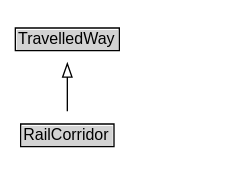
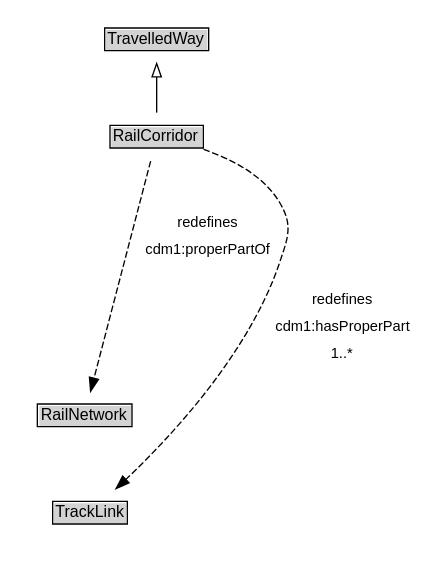
The diagram in docs/diagrams/RailCorridor.dot (ISO-TC204/ontology-cdm-p3-v1), drawn with Graphviz before and after one commit. The commit also changed 348 other files, not shown here.

```diff
--- a/docs/diagrams/RailCorridor.dot
+++ b/docs/diagrams/RailCorridor.dot
@@ -1,16 +1,28 @@
 // Diagram for RailCorridor
 digraph {
 	graph [overlap=false rankdir=TB splines=true]
 	node [fontname=Arial fontsize=12 margin=0 shape=none]
 	edge [fontname=Arial fontsize=11]
 	{
+		rank=source
+		TravelledWay [label=<<TABLE BORDER="1" CELLBORDER="0" CELLSPACING="0" CELLPADDING="1"><TR><TD BGCOLOR="lightgray" ALIGN="CENTER">TravelledWay</TD></TR></TABLE>> URL="../TravelledWay" margin=0]
+	}
+	RailCorridor [label=<<TABLE BORDER="1" CELLBORDER="0" CELLSPACING="0" CELLPADDING="1"><TR><TD BGCOLOR="lightgray" ALIGN="CENTER">RailCorridor</TD></TR></TABLE>> URL="../RailCorridor" margin=0]
+	{
 		rank=max
-		RailCorridor [label=<<TABLE BORDER="1" CELLBORDER="0" CELLSPACING="0" CELLPADDING="1"><TR><TD BGCOLOR="lightgray" ALIGN="CENTER" PORT="e">RailCorridor</TD></TR></TABLE>> URL="../RailCorridor.md" margin=0]
 	}
 	subgraph cluster_associated {
 		label="" style=invis
 		Invis [label=<<TABLE BORDER="0" CELLBORDER="0" CELLSPACING="0" CELLPADDING="1"><TR><TD></TD></TR></TABLE>> margin=0 style=invis]
+		RailNetwork [label=<<TABLE BORDER="1" CELLBORDER="0" CELLSPACING="0" CELLPADDING="1"><TR><TD BGCOLOR="lightgray" ALIGN="CENTER">RailNetwork</TD></TR></TABLE>> URL="../RailNetwork" margin=0]
+		TrackLink [label=<<TABLE BORDER="1" CELLBORDER="0" CELLSPACING="0" CELLPADDING="1"><TR><TD BGCOLOR="lightgray" ALIGN="CENTER">TrackLink</TD></TR></TABLE>> URL="../TrackLink" margin=0]
 	}
-	TravelledWay [label=<<TABLE BORDER="1" CELLBORDER="0" CELLSPACING="0" CELLPADDING="1"><TR><TD BGCOLOR="lightgray" ALIGN="CENTER">TravelledWay</TD></TR></TABLE>> URL="../TravelledWay.md" margin=0]
 	RailCorridor -> TravelledWay [arrowhead=onormal style=solid]
+	RailCorridor -> Invis [style=invis]
+	Invis -> RailNetwork [style=invis]
+	RailNetwork -> TrackLink [style=invis]
+	TrackLink [label=<<TABLE BORDER="1" CELLBORDER="0" CELLSPACING="0" CELLPADDING="1"><TR><TD BGCOLOR="lightgray" ALIGN="CENTER">TrackLink</TD></TR></TABLE>> URL="../TrackLink" margin=0]
+	RailCorridor -> TrackLink [label=<<TABLE BORDER="0" CELLBORDER="0" CELLSPACING="0" CELLPADDING="4" BGCOLOR="white"><TR><TD ALIGN="CENTER">redefines</TD></TR><TR><TD ALIGN="CENTER">cdm1:hasProperPart</TD></TR><TR><TD ALIGN="CENTER">1..*</TD></TR></TABLE>> arrowhead=normal style=dashed]
+	RailNetwork [label=<<TABLE BORDER="1" CELLBORDER="0" CELLSPACING="0" CELLPADDING="1"><TR><TD BGCOLOR="lightgray" ALIGN="CENTER">RailNetwork</TD></TR></TABLE>> URL="../RailNetwork" margin=0]
+	RailCorridor -> RailNetwork [label=<<TABLE BORDER="0" CELLBORDER="0" CELLSPACING="0" CELLPADDING="4" BGCOLOR="white"><TR><TD ALIGN="CENTER">redefines</TD></TR><TR><TD ALIGN="CENTER">cdm1:properPartOf</TD></TR></TABLE>> arrowhead=normal style=dashed]
 }
```
